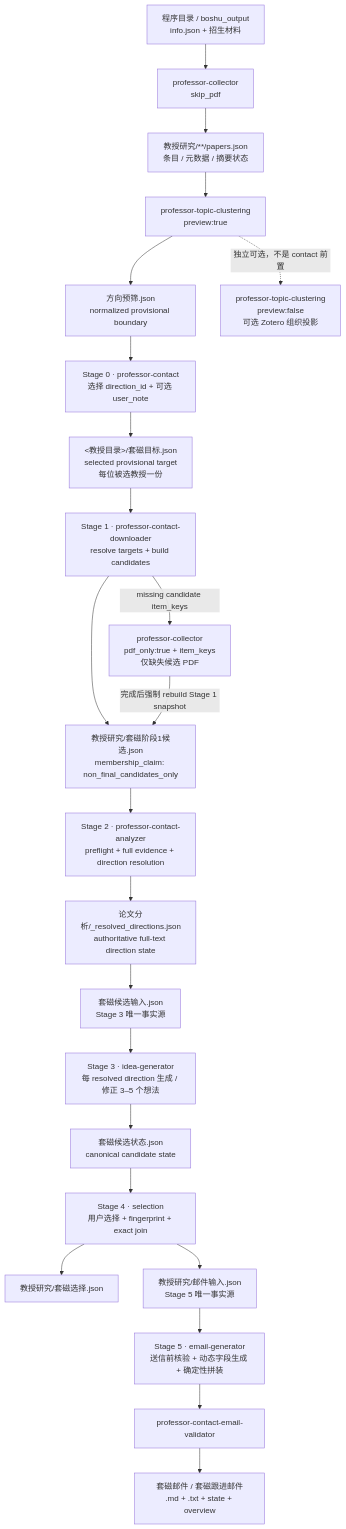
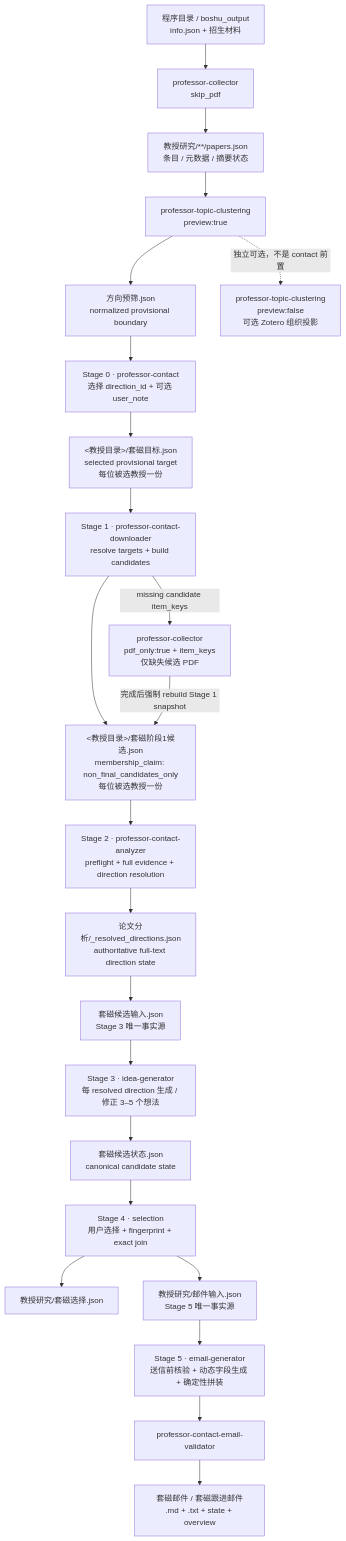
Before and after one commit to ScholarWorkflow/professor-contact: the first of 10 diagrams in .apm/skills/professor-contact/docs/workflow-reference.md, drawn with Mermaid. The commit also changed other lines of this file and 20 other files, not shown here.

````diff
--- a/.apm/skills/professor-contact/docs/workflow-reference.md
+++ b/.apm/skills/professor-contact/docs/workflow-reference.md
@@ -21,40 +21,40 @@
 ```mermaid
 flowchart TD
     BO["程序目录 / boshu_output<br/>info.json + 招生材料"]
     C0["professor-collector<br/>skip_pdf"]
     PAPERS["教授研究/**/papers.json<br/>条目 / 元数据 / 摘要状态"]
     PRE["professor-topic-clustering<br/>preview:true"]
     PJ["方向预筛.json<br/>normalized provisional boundary"]
 
     S0["Stage 0 · professor-contact<br/>选择 direction_id + 可选 user_note"]
     TARGET["<教授目录>/套磁目标.json<br/>selected provisional target<br/>每位被选教授一份"]
 
     S1["Stage 1 · professor-contact-downloader<br/>resolve targets + build candidates"]
-    CAND["教授研究/套磁阶段1候选.json<br/>membership_claim: non_final_candidates_only"]
+    CAND["<教授目录>/套磁阶段1候选.json<br/>membership_claim: non_final_candidates_only<br/>每位被选教授一份"]
     FILL["professor-collector<br/>pdf_only:true + item_keys<br/>仅缺失候选 PDF"]
 
     S2["Stage 2 · professor-contact-analyzer<br/>preflight + full evidence + direction resolution"]
     RD["论文分析/_resolved_directions.json<br/>authoritative full-text direction state"]
     INPUT["套磁候选输入.json<br/>Stage 3 唯一事实源"]
 
     S3["Stage 3 · idea-generator<br/>每 resolved direction 生成 / 修正 3–5 个想法"]
     STATE3["套磁候选状态.json<br/>canonical candidate state"]
 
     S4["Stage 4 · selection<br/>用户选择 + fingerprint + exact join"]
     SEL["教授研究/套磁选择.json"]
     MAIL["教授研究/邮件输入.json<br/>Stage 5 唯一事实源"]
 
     S5["Stage 5 · email-generator<br/>送信前核验 + 动态字段生成 + 确定性拼装"]
     VAL["professor-contact-email-validator"]
     OUT["套磁邮件 / 套磁跟进邮件<br/>.md + .txt + state + overview"]
 
     FORMAL["professor-topic-clustering<br/>preview:false<br/>可选 Zotero 组织投影"]
 
     BO --> C0 --> PAPERS --> PRE --> PJ --> S0 --> TARGET --> S1 --> CAND
     S1 -->|"missing candidate item_keys"| FILL
     FILL -->|"完成后强制 rebuild Stage 1 snapshot"| CAND
     CAND --> S2 --> RD --> INPUT --> S3 --> STATE3 --> S4
     S4 --> SEL
     S4 --> MAIL --> S5 --> VAL --> OUT
     PRE -.->|"独立可选，不是 contact 前置"| FORMAL
 ```
````
